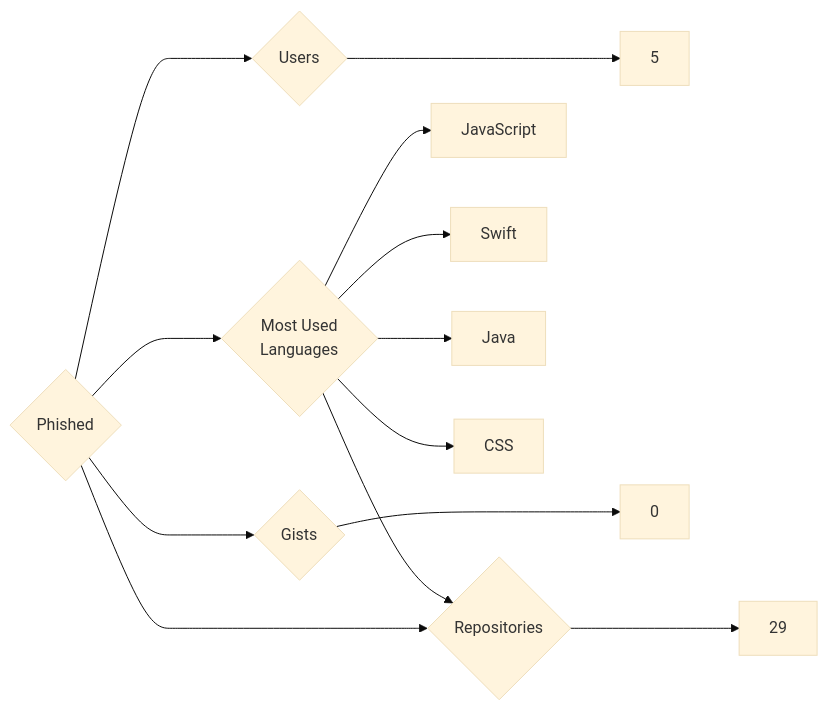
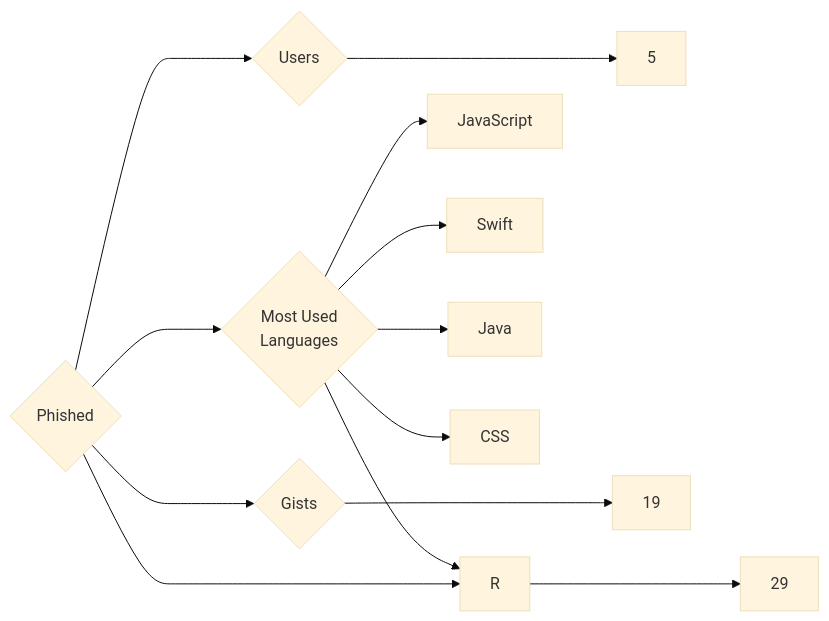
Before and after one commit to trickest/insiders: the diagram in targets/Phished/README.md, drawn with Mermaid (base theme). The commit also changed 997 other files, not shown here.

````diff
--- a/targets/Phished/README.md
+++ b/targets/Phished/README.md
@@ -3,13 +3,13 @@
 ```mermaid
 graph LR
 COMPANY_NAME{Phished}
 COMPANY_NAME ---> U{Users} ---> UN[5]
 COMPANY_NAME ---> R{Repositories} ---> RN[29]
-COMPANY_NAME ---> G{Gists} ---> GN[0]
+COMPANY_NAME ---> G{Gists} ---> GN[19]
 COMPANY_NAME ---> ML{Most Used<br>Languages}
-ML --> JavaScript
-ML --> R
-ML --> Swift
-ML --> Java
-ML --> CSS
+ML --> JavaScript[JavaScript]
+ML --> R[R]
+ML --> Swift[Swift]
+ML --> Java[Java]
+ML --> CSS[CSS]
 ```
````
